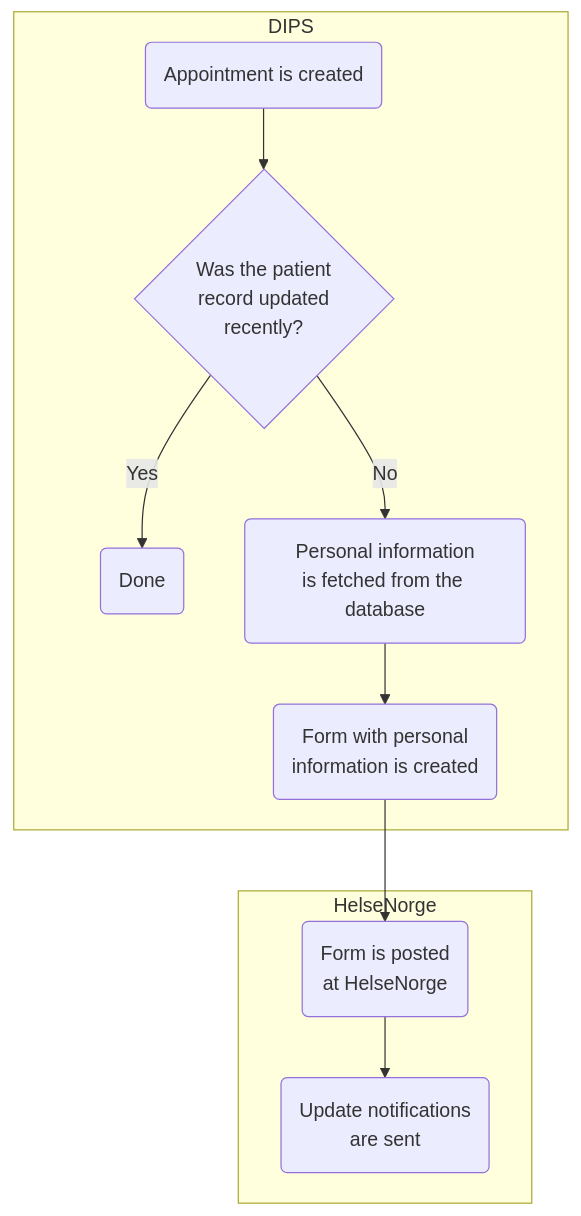
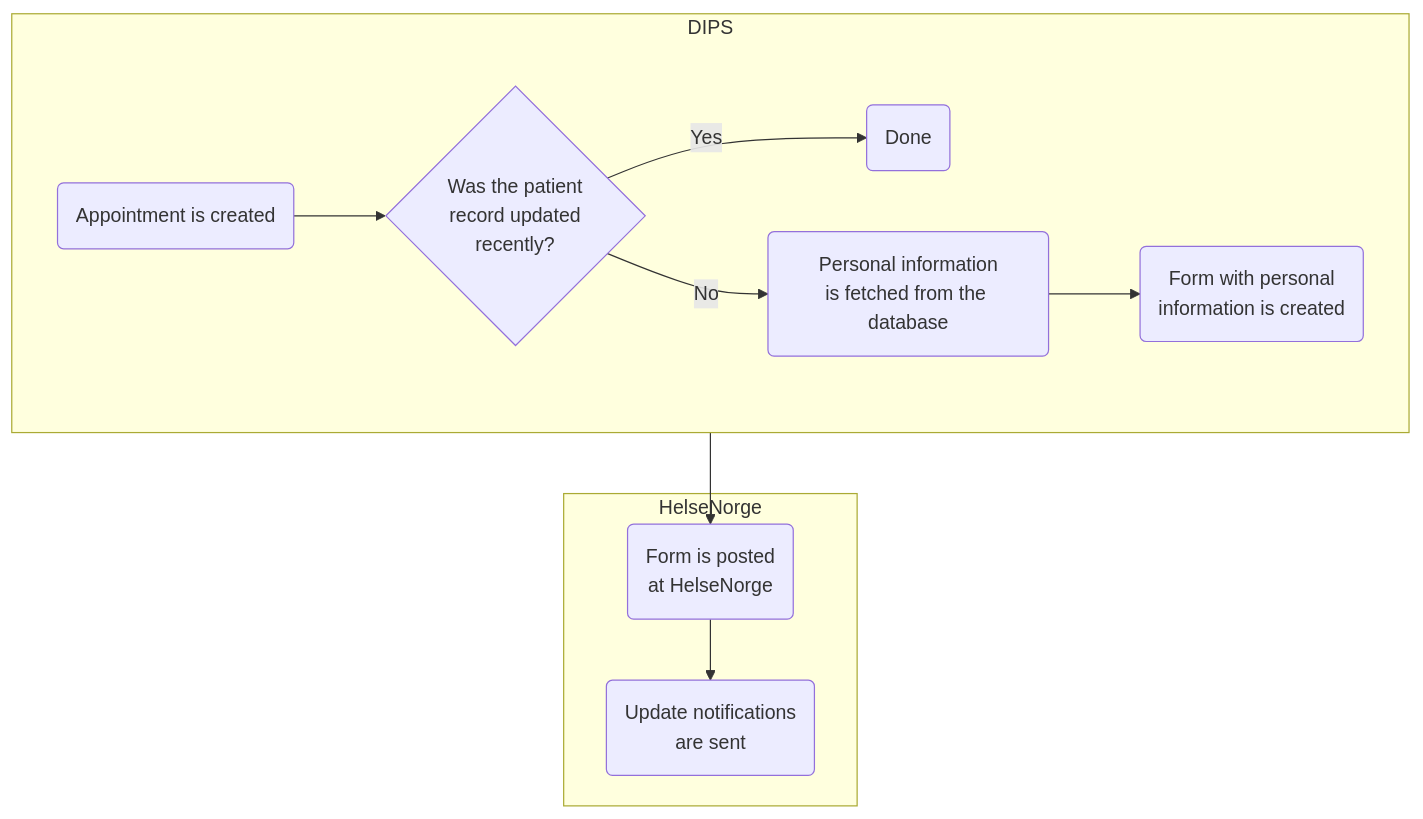
One commit to oleksii-nikolaienko/Eitri_OpenDIPS changed the first of 2 diagrams in Flow.md. Above: the diagram before and after it, drawn with Mermaid.

````diff
--- a/Flow.md
+++ b/Flow.md
@@ -1,14 +1,15 @@
 ```mermaid
   flowchart TB
       subgraph DIPS
+      direction LR
         create_appoint(Appointment is created)-->when_updated{Was the patient\nrecord updated\nrecently?}
         when_updated -- Yes --> done(Done)
         when_updated -- No --> fetch_info(Personal information\nis fetched from the database)
         fetch_info --> create_form(Form with personal\ninformation is created)
       end
       subgraph HelseNorge
         create_form --> post_form(Form is posted\nat HelseNorge)
         post_form --> notify(Update notifications\nare sent)
         
       end
 ```
````
